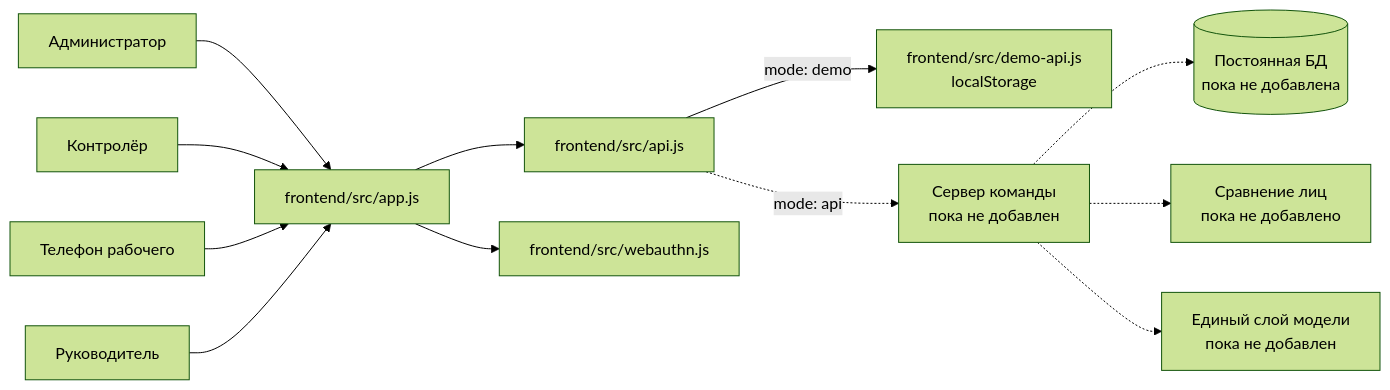
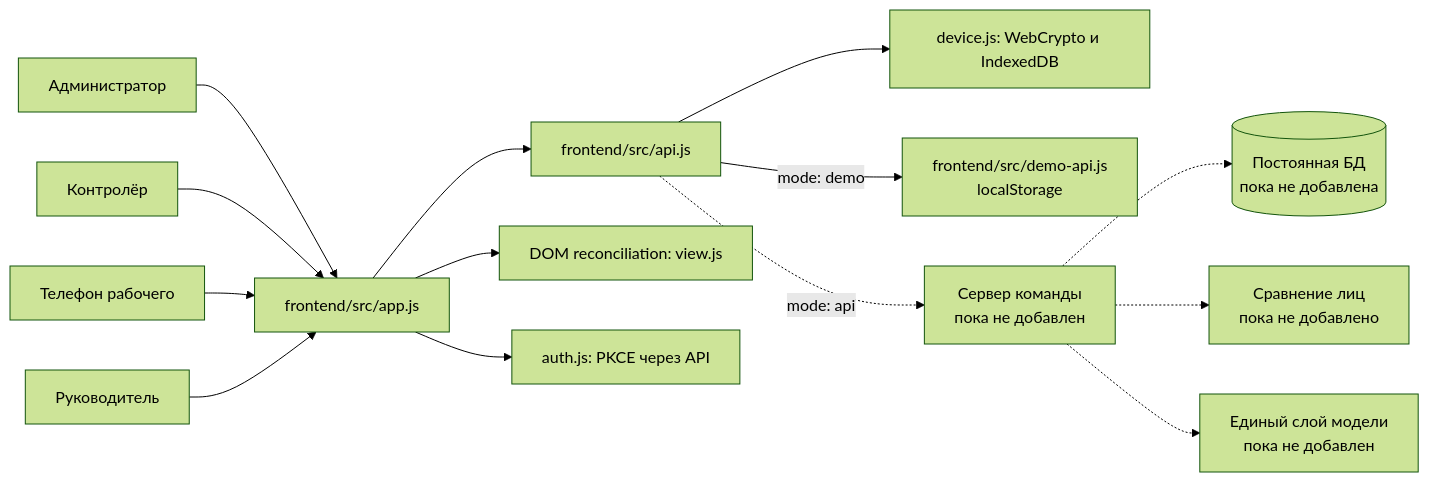
Before and after one commit to bombomteam/prohodnaya: the diagram in frontend/docs/architecture.md, drawn with Mermaid (forest theme). The commit also changed other lines of this file and 16 other files, not shown here.

Commit message:
fix(frontend): align role interfaces and device authentication with requirements

````diff
--- a/frontend/docs/architecture.md
+++ b/frontend/docs/architecture.md
@@ -3,14 +3,16 @@
 ```mermaid
 flowchart LR
     A[Администратор] --> UI[frontend/src/app.js]
     C[Контролёр] --> UI
     W[Телефон рабочего] --> UI
     M[Руководитель] --> UI
     UI --> API[frontend/src/api.js]
-    UI --> WA[frontend/src/webauthn.js]
+    UI --> VIEW[DOM reconciliation: view.js]
+    UI --> AUTH[auth.js: PKCE через API]
+    API --> DEVICE[device.js: WebCrypto и IndexedDB]
     API -->|mode: demo| DEMO[frontend/src/demo-api.js\nlocalStorage]
     API -. mode: api .-> SERVER[Сервер команды\nпока не добавлен]
     SERVER -.-> DB[(Постоянная БД\nпока не добавлена)]
     SERVER -.-> FACE[Сравнение лиц\nпока не добавлено]
     SERVER -.-> MODEL[Единый слой модели\nпока не добавлен]
 ```
````
